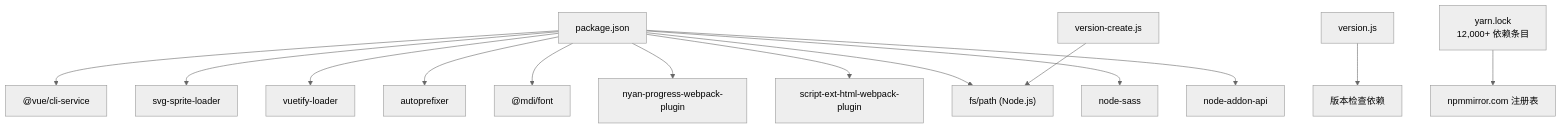
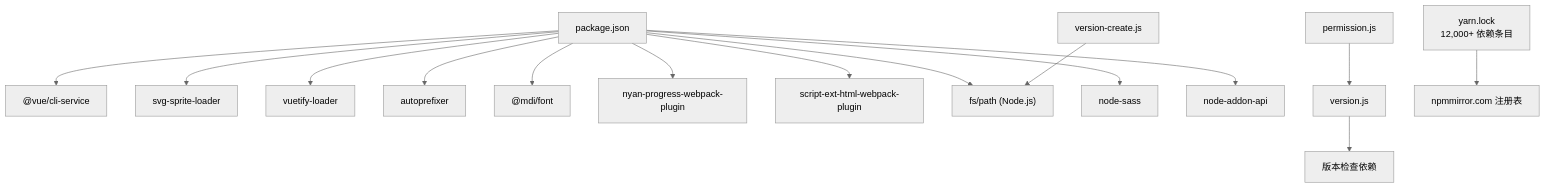
One commit to TinyMaD/SpeedRunnersLab changed diagram 15 of 15 in .qoder/repowiki/zh/content/前端应用/构建部署/前端构建配置.md. Above: the diagram before and after it, drawn with Mermaid (neutral theme). The commit also changed other lines of this file and 33 other files, not shown here.

````diff
--- a/.qoder/repowiki/zh/content/前端应用/构建部署/前端构建配置.md
+++ b/.qoder/repowiki/zh/content/前端应用/构建部署/前端构建配置.md
@@ -494,16 +547,17 @@
 ```mermaid
 graph TB
 PKG["package.json"] --> CLI["@vue/cli-service"]
 PKG --> LDR["svg-sprite-loader"]
 PKG --> VTFL["vuetify-loader"]
 PKG --> AP["autoprefixer"]
 PKG --> MDI["@mdi/font"]
 PKG --> NYP["nyan-progress-webpack-plugin"]
 PKG --> SEH["script-ext-html-webpack-plugin"]
 PKG --> FS["fs/path (Node.js)"]
 PKG --> NS["node-sass"]
 PKG --> NA["node-addon-api"]
 VERCREATE["version-create.js"] --> FS
 VERSION["version.js"] --> VERDEPS["版本检查依赖"]
+PERMISSION["permission.js"] --> VERSION
 YARNLOCK["yarn.lock<br/>12,000+ 依赖条目"] --> REGISTRY["npmmirror.com 注册表"]
 ```
````
